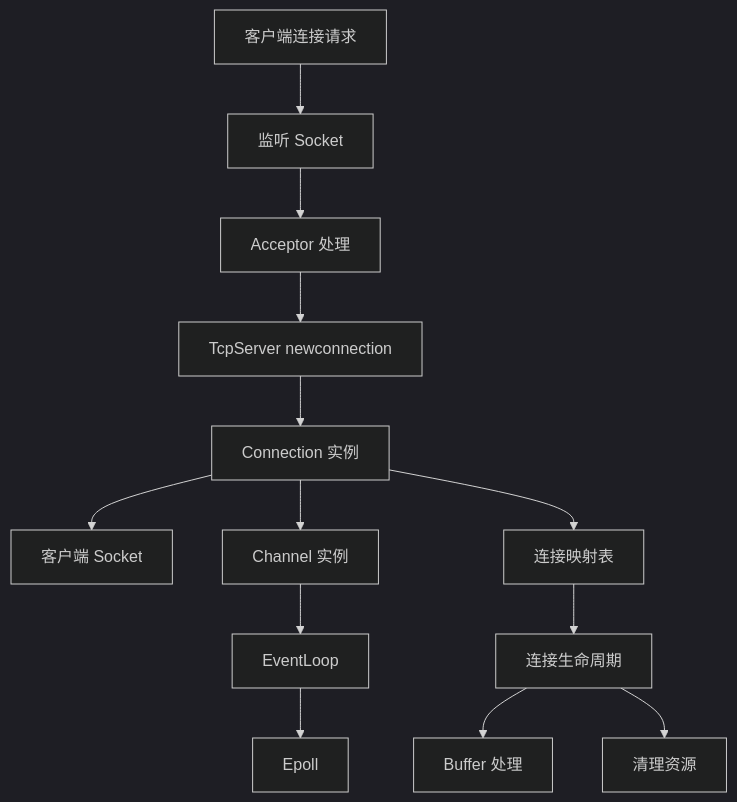
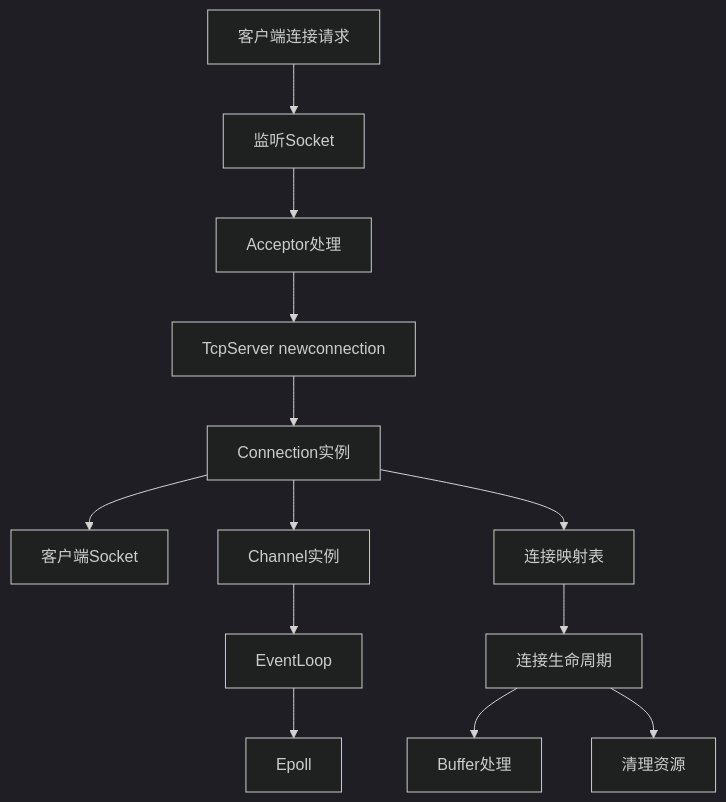
The fourth of 6 diagrams in README.md (yaoqianshuwow/BankServer), drawn with Mermaid (dark theme) before and after one commit. The commit also changed other lines of this file, not shown here.

````diff
--- a/README.md
+++ b/README.md
@@ -266,15 +266,15 @@
 ```mermaid
 flowchart TD
-    A[客户端连接请求] --> B[监听 Socket]
-    B --> C[Acceptor 处理]
+    A[客户端连接请求] --> B[监听Socket]
+    B --> C[Acceptor处理]
     C --> D[TcpServer newconnection]
-    D --> E[Connection 实例]
-    E --> F[客户端 Socket]
-    E --> G[Channel 实例]
+    D --> E[Connection实例]
+    E --> F[客户端Socket]
+    E --> G[Channel实例]
     G --> H[EventLoop]
     H --> I[Epoll]
     E --> J[连接映射表]
     J --> K[连接生命周期]
-    K --> L[Buffer 处理]
+    K --> L[Buffer处理]
     K --> M[清理资源]
 ```
````
